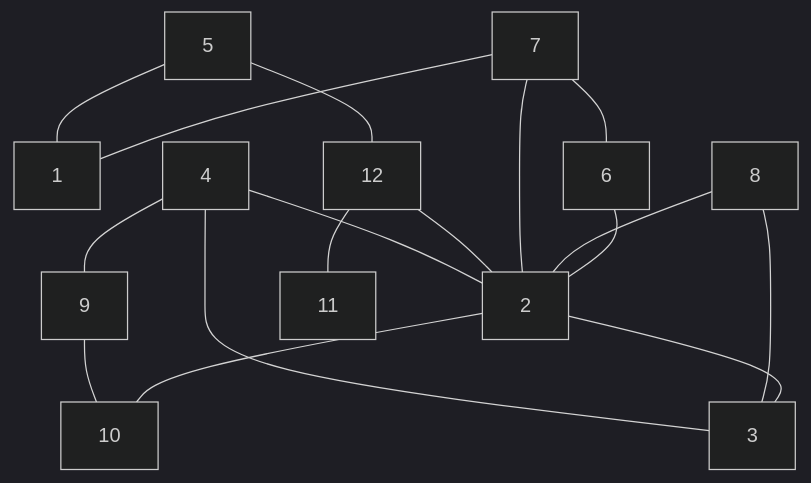
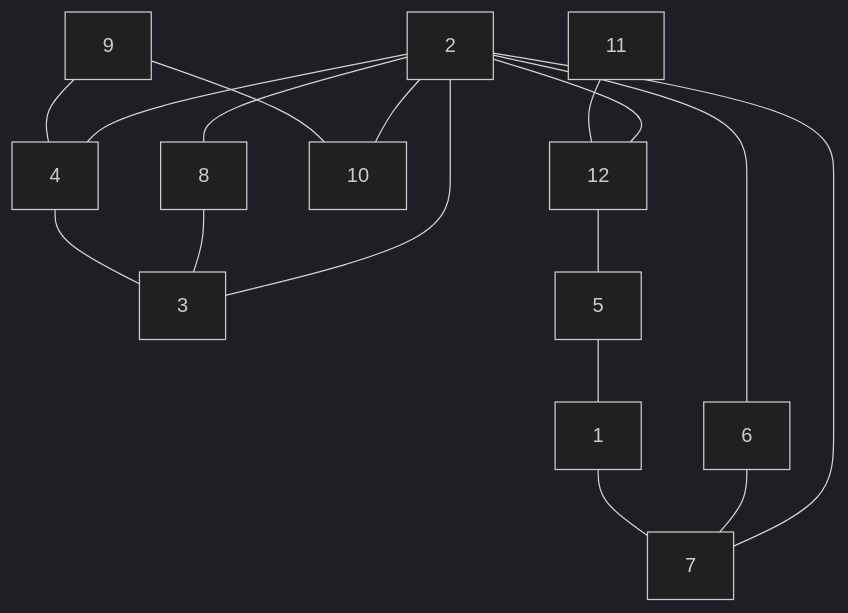
One commit to antononcube/Raku-Graph changed the diagram in README.md. Above: the diagram before and after it, drawn with Mermaid (dark theme). The commit also changed other lines of this file and 1 other file, not shown here.

Commit message:
docs:Marked TODO items.

````diff
--- a/README.md
+++ b/README.md
@@ -146,19 +146,19 @@
 ```mermaid
 graph TD
-4 --- 3
-4 --- 2
-4 --- 9
-5 --- 1
-5 --- 12
-12 --- 2
-12 --- 11
-7 --- 2
-7 --- 6
-7 --- 1
-9 --- 10
-8 --- 2
-8 --- 3
-6 --- 2
+2 --- 7
+2 --- 4
+2 --- 8
 2 --- 3
 2 --- 10
+2 --- 12
+2 --- 6
+11 --- 12
+6 --- 7
+12 --- 5
+9 --- 4
+9 --- 10
+8 --- 3
+5 --- 1
+4 --- 3
+1 --- 7
 ```
````
